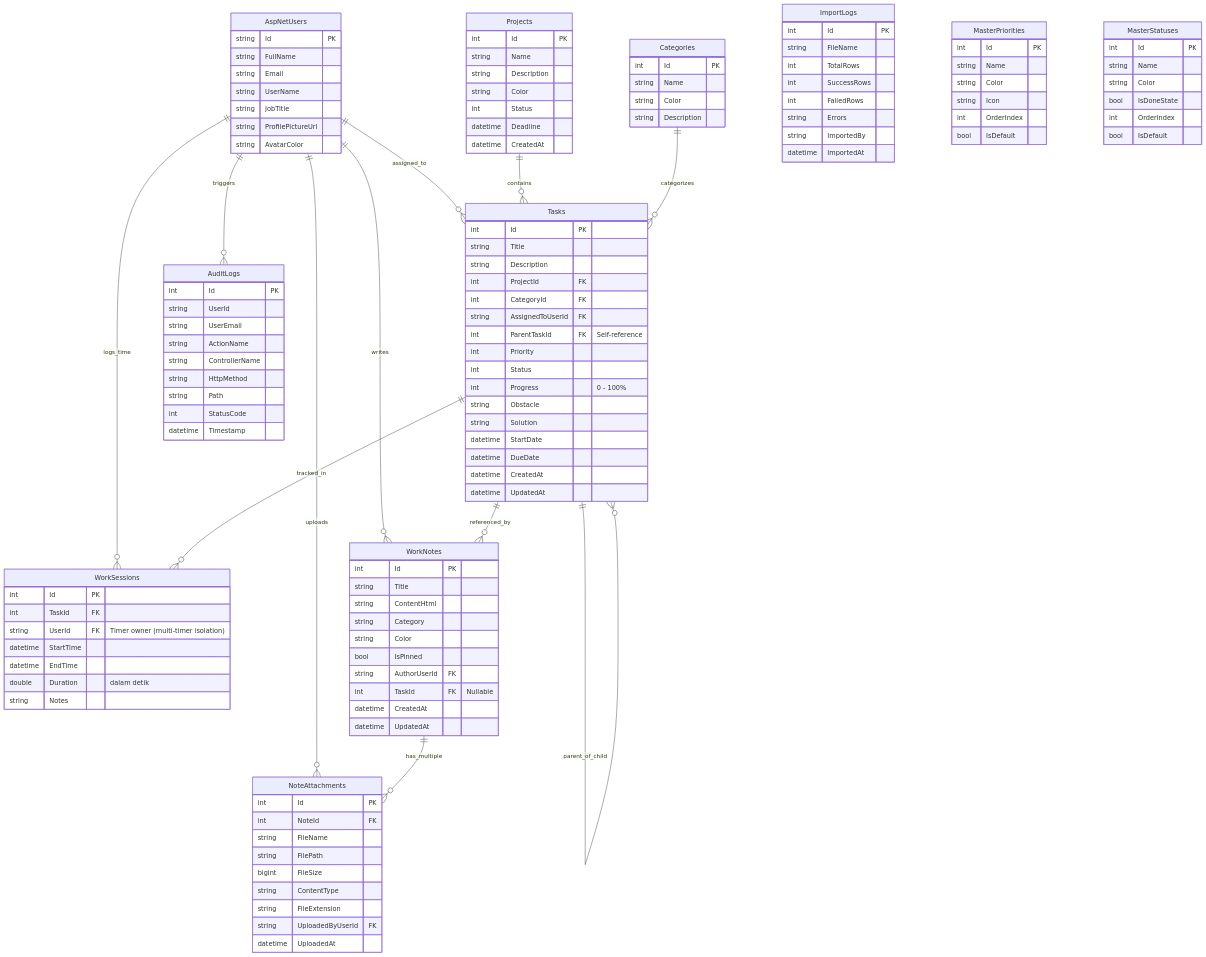
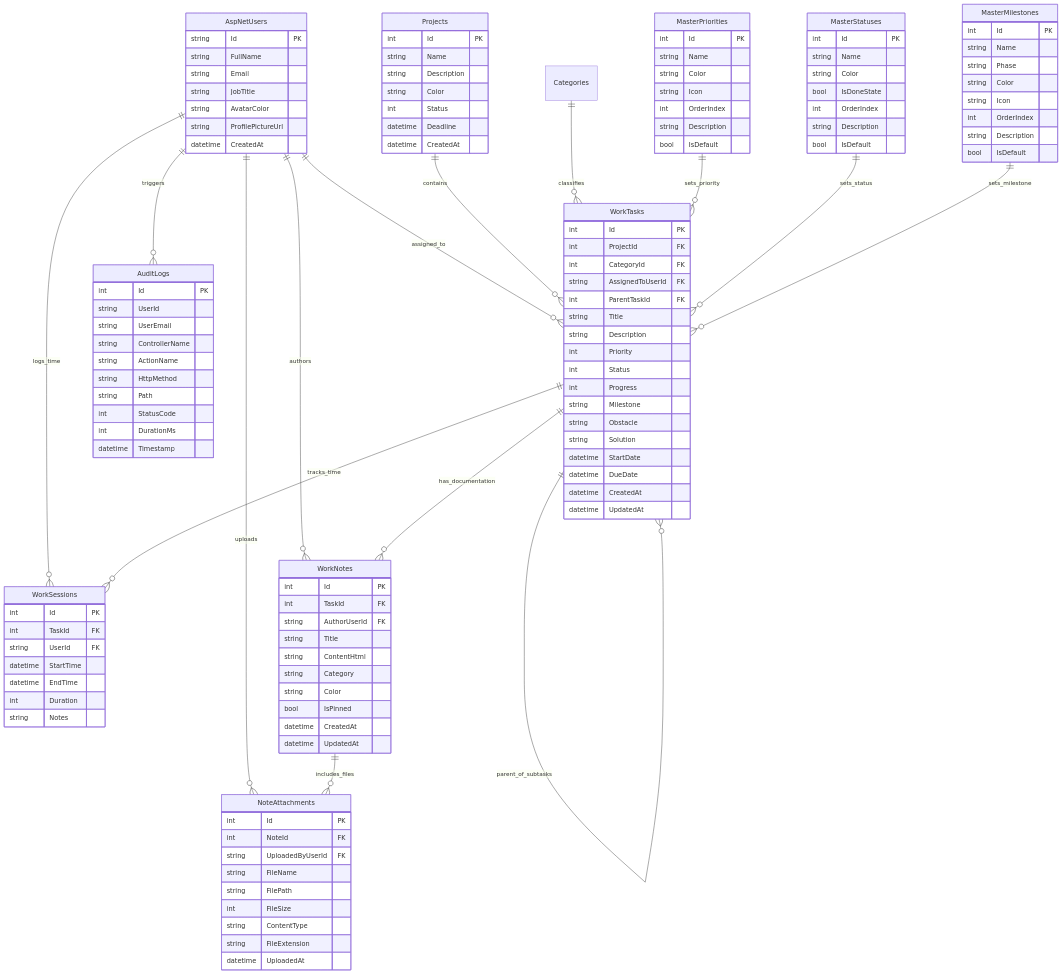
The second of 2 diagrams in FSD_WORK_TRACKER_PRO.md (zhavick/TrackerKerja), drawn with Mermaid before and after one commit. The commit also changed other lines of this file and 2 other files, not shown here.

Commit message:
docs: update FSD, README, and USER_GUIDE with Docker, GitHub, and REST API specifications

````diff
--- a/FSD_WORK_TRACKER_PRO.md
+++ b/FSD_WORK_TRACKER_PRO.md
@@ -104,28 +112,32 @@
 ```mermaid
 erDiagram
-    AspNetUsers ||--o{ Tasks : "assigned_to"
+    AspNetUsers ||--o{ WorkTasks : "assigned_to"
     AspNetUsers ||--o{ WorkSessions : "logs_time"
-    AspNetUsers ||--o{ WorkNotes : "writes"
+    AspNetUsers ||--o{ WorkNotes : "authors"
     AspNetUsers ||--o{ NoteAttachments : "uploads"
     AspNetUsers ||--o{ AuditLogs : "triggers"
 
-    Projects ||--o{ Tasks : "contains"
-    Categories ||--o{ Tasks : "categorizes"
+    Projects ||--o{ WorkTasks : "contains"
+    Categories ||--o{ WorkTasks : "classifies"
 
-    Tasks ||--o{ Tasks : "parent_of_child"
-    Tasks ||--o{ WorkSessions : "tracked_in"
-    Tasks ||--o{ WorkNotes : "referenced_by"
+    WorkTasks ||--o{ WorkTasks : "parent_of_subtasks"
+    WorkTasks ||--o{ WorkSessions : "tracks_time"
+    WorkTasks ||--o{ WorkNotes : "has_documentation"
 
-    WorkNotes ||--o{ NoteAttachments : "has_multiple"
+    WorkNotes ||--o{ NoteAttachments : "includes_files"
+
+    MasterPriorities ||--o{ WorkTasks : "sets_priority"
+    MasterStatuses ||--o{ WorkTasks : "sets_status"
+    MasterMilestones ||--o{ WorkTasks : "sets_milestone"
 
     AspNetUsers {
         string Id PK
         string FullName
         string Email
-        string UserName
         string JobTitle
+        string AvatarColor
         string ProfilePictureUrl
-        string AvatarColor
+        datetime CreatedAt
     }
 
     Projects {
@@ -138,24 +150,18 @@
         datetime CreatedAt
     }
 
-    Categories {
+    WorkTasks {
         int Id PK
-        string Name
-        string Color
-        string Description
-    }
-
-    Tasks {
-        int Id PK
-        string Title
-        string Description
         int ProjectId FK
         int CategoryId FK
         string AssignedToUserId FK
-        int ParentTaskId FK "Self-reference"
+        int ParentTaskId FK
+        string Title
+        string Description
         int Priority
         int Status
-        int Progress "0 - 100%"
+        int Progress
+        string Milestone
         string Obstacle
         string Solution
         datetime StartDate
@@ -167,22 +173,22 @@
     WorkSessions {
         int Id PK
         int TaskId FK
-        string UserId FK "Timer owner (multi-timer isolation)"
+        string UserId FK
         datetime StartTime
         datetime EndTime
-        double Duration "dalam detik"
+        int Duration
         string Notes
     }
 
     WorkNotes {
         int Id PK
+        int TaskId FK
+        string AuthorUserId FK
         string Title
         string ContentHtml
         string Category
         string Color
         bool IsPinned
-        string AuthorUserId FK
-        int TaskId FK "Nullable"
         datetime CreatedAt
         datetime UpdatedAt
     }
@@ -190,36 +196,37 @@
     NoteAttachments {
         int Id PK
         int NoteId FK
+        string UploadedByUserId FK
         string FileName
         string FilePath
-        bigint FileSize
+        int FileSize
         string ContentType
         string FileExtension
-        string UploadedByUserId FK
         datetime UploadedAt
-    }
-
-    ImportLogs {
-        int Id PK
-        string FileName
-        int TotalRows
-        int SuccessRows
-        int FailedRows
-        string Errors
-        string ImportedBy
-        datetime ImportedAt
     }
 
     AuditLogs {
         int Id PK
         string UserId
         string UserEmail
+        string ControllerName
         string ActionName
-        string ControllerName
         string HttpMethod
         string Path
         int StatusCode
+        int DurationMs
         datetime Timestamp
+    }
+
+    MasterMilestones {
+        int Id PK
+        string Name
+        string Phase
+        string Color
+        string Icon
+        int OrderIndex
+        string Description
+        bool IsDefault
     }
 
     MasterPriorities {
@@ -228,6 +235,7 @@
         string Color
         string Icon
         int OrderIndex
+        string Description
         bool IsDefault
     }
 
@@ -237,6 +245,7 @@
         string Color
         bool IsDoneState
         int OrderIndex
+        string Description
         bool IsDefault
     }
 ```
````
